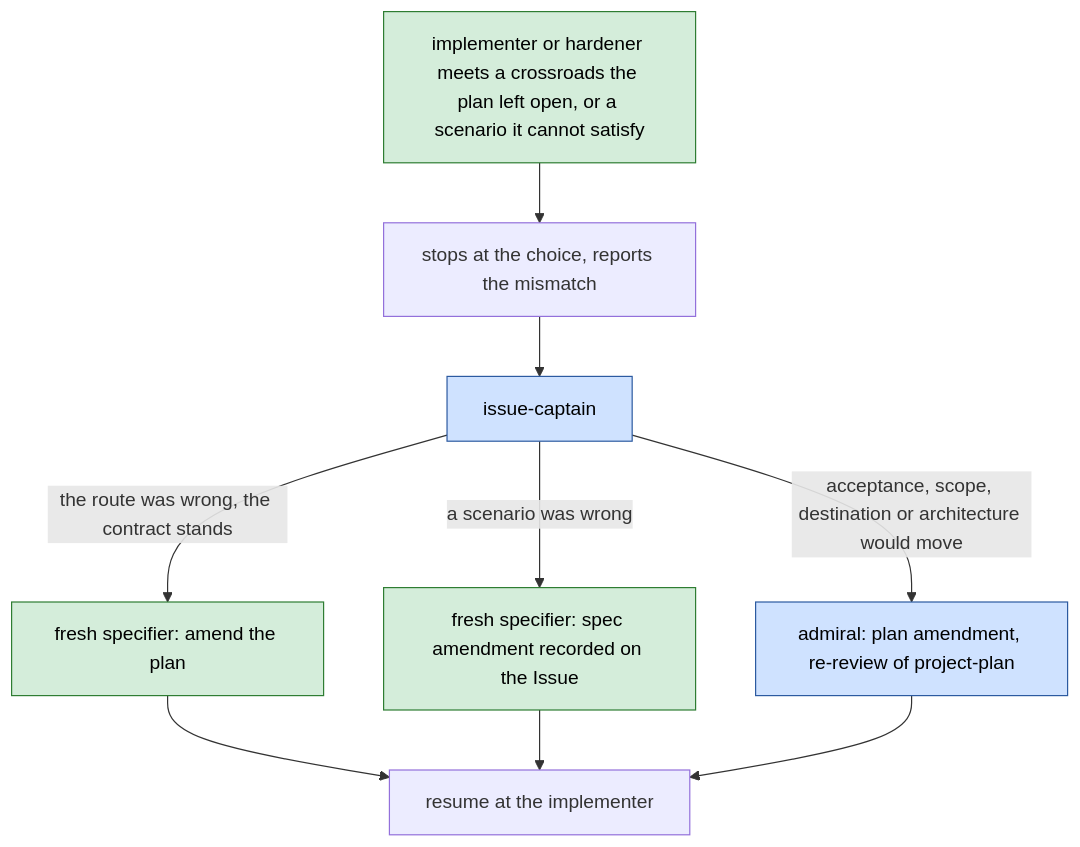
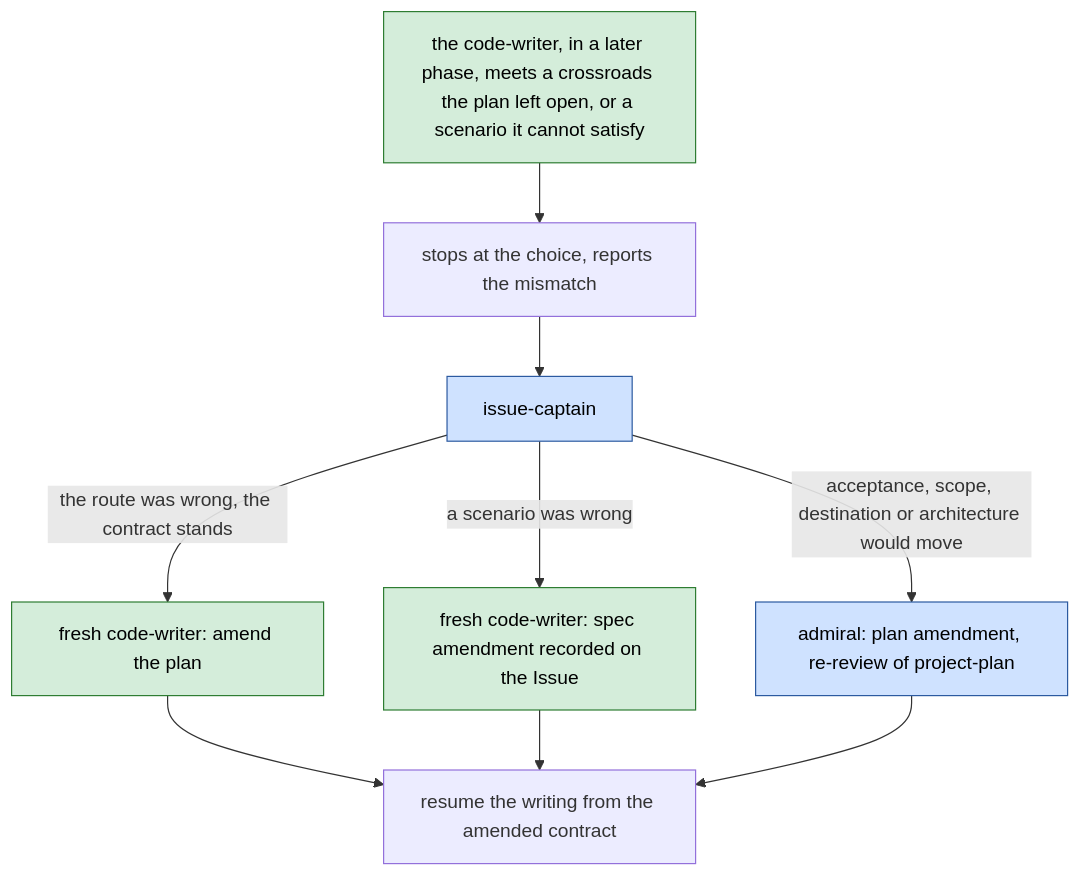
The seventh of 12 diagrams in dydo/understand/control-flow.md (bodnarbalazs/dydo), drawn with Mermaid before and after one commit. The commit also changed other lines of this file and 43 other files, not shown here.

First line of the commit message:
DYD-222 implement: consolidate specifier, implementer and hardener into one code-writer skill

````diff
--- a/dydo/understand/control-flow.md
+++ b/dydo/understand/control-flow.md
@@ -485,13 +484,13 @@
 ```mermaid
 flowchart TD
   classDef worker fill:#d4edda,stroke:#2e7d32,color:#000
   classDef hat fill:#cfe2ff,stroke:#2c5aa0,color:#000
-  IM[implementer or hardener meets a crossroads the plan left open, or a scenario it cannot satisfy]:::worker --> ST[stops at the choice, reports the mismatch]
+  IM[the code-writer, in a later phase, meets a crossroads the plan left open, or a scenario it cannot satisfy]:::worker --> ST[stops at the choice, reports the mismatch]
   ST --> IC[issue-captain]:::hat
-  IC -->|the route was wrong, the contract stands| SP[fresh specifier: amend the plan]:::worker
-  IC -->|a scenario was wrong| SP2[fresh specifier: spec amendment recorded on the Issue]:::worker
+  IC -->|the route was wrong, the contract stands| SP[fresh code-writer: amend the plan]:::worker
+  IC -->|a scenario was wrong| SP2[fresh code-writer: spec amendment recorded on the Issue]:::worker
   IC -->|acceptance, scope, destination or architecture would move| AD[admiral: plan amendment, re-review of project-plan]:::hat
-  SP --> RES[resume at the implementer]
+  SP --> RES[resume the writing from the amended contract]
   SP2 --> RES
   AD --> RES
 ```
````
